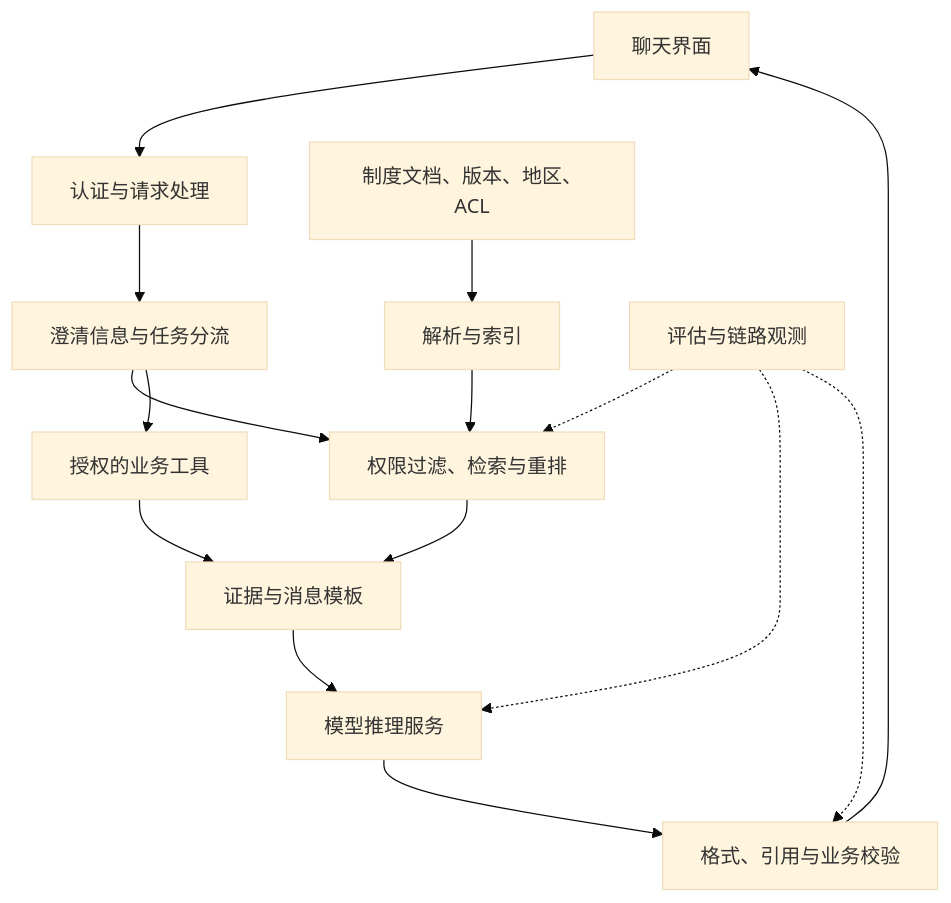
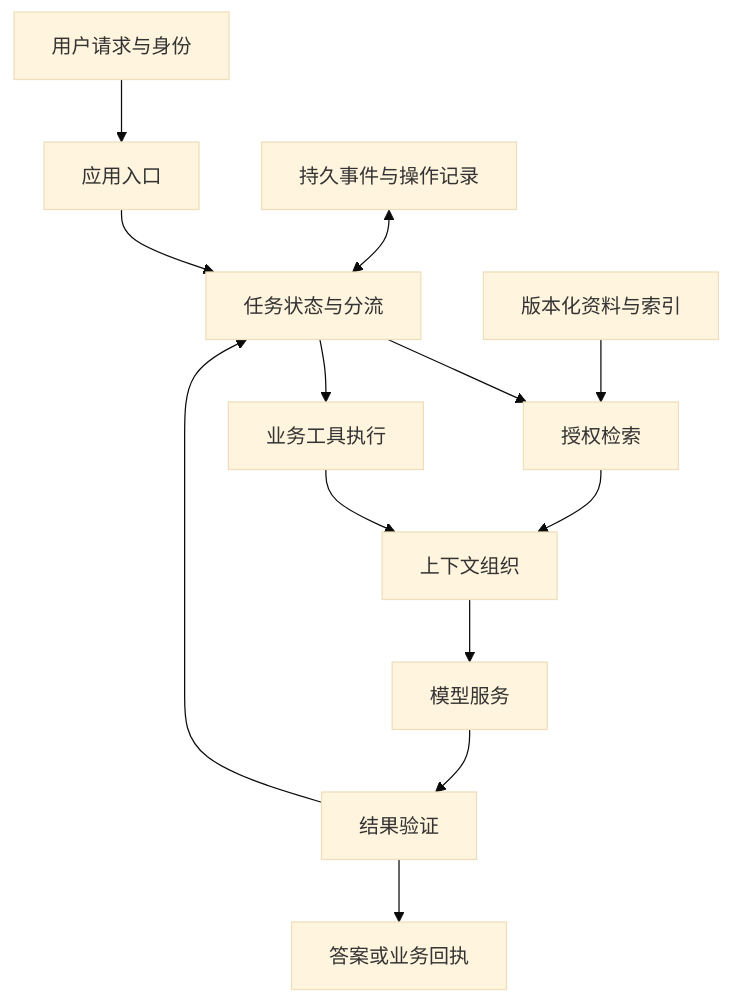
The diagram in docs/14-end-to-end-case.md (miauyle/ai-systems-architecture-guide), drawn with Mermaid (base theme) before and after one commit. The commit also changed other lines of this file and 60 other files, not shown here.

````diff
--- a/docs/14-end-to-end-case.md
+++ b/docs/14-end-to-end-case.md
@@ -28,17 +27,15 @@
 ```mermaid
 flowchart TB
-    UI[聊天界面] --> API[认证与请求处理]
-    API --> C[澄清信息与任务分流]
-    C --> R[权限过滤、检索与重排]
-    D[制度文档、版本、地区、ACL] --> IX[解析与索引]
-    IX --> R
-    C --> TO[授权的业务工具]
-    R --> CTX[证据与消息模板]
-    TO --> CTX
-    CTX --> MS[模型推理服务]
-    MS --> CHECK[格式、引用与业务校验]
-    CHECK --> UI
-    EV[评估与链路观测] -.-> R
-    EV -.-> MS
-    EV -.-> CHECK
+    U[用户请求与身份] --> A[应用入口]
+    A --> C[任务状态与分流]
+    C --> R[授权检索]
+    D[版本化资料与索引] --> R
+    C --> T[业务工具执行]
+    R --> P[上下文组织]
+    T --> P
+    P --> S[模型服务]
+    S --> V[结果验证]
+    V --> C
+    V --> O[答案或业务回执]
+    H[持久事件与操作记录] <--> C
 ```
````
